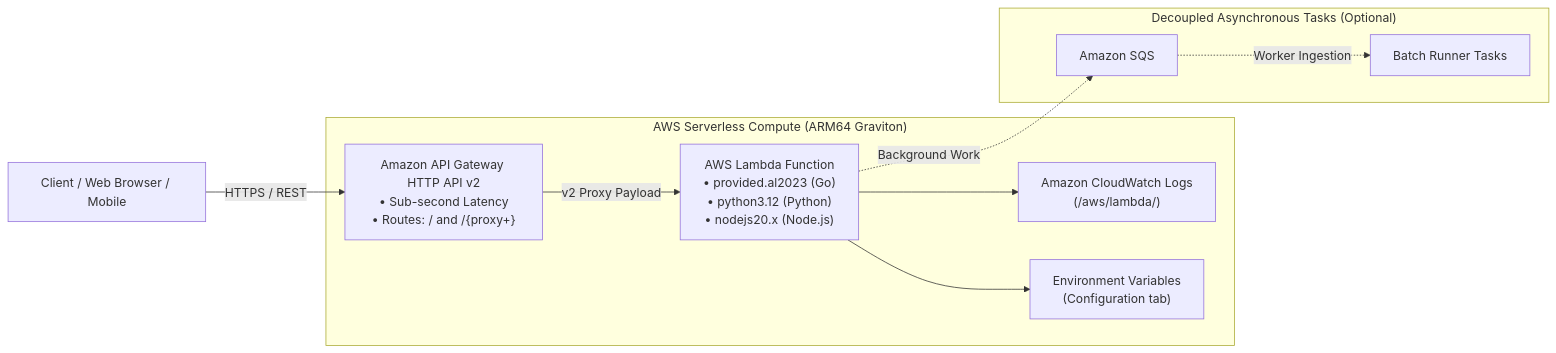
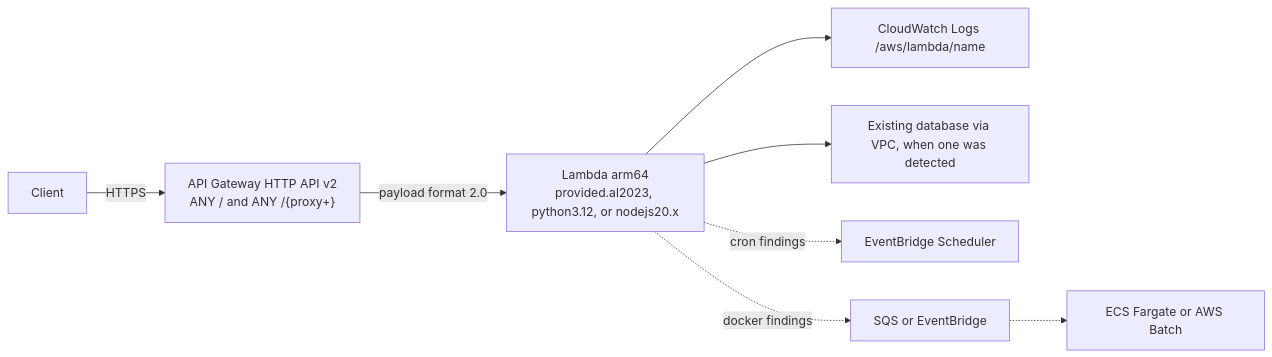
The third of 5 diagrams in README.md (dhawalshankar/daroga), drawn with Mermaid before and after one commit. The commit also changed other lines of this file and 6 other files, not shown here.

Commit message:
docs: update architecture and CLI reference for clarity and consistency, enhance PRD with detailed scope and migration process

````diff
--- a/README.md
+++ b/README.md
@@ -372,15 +357,10 @@
 ```mermaid
 flowchart LR
-    Client["Client / Web Browser / Mobile"] -->|"HTTPS / REST"| APIGW["Amazon API Gateway HTTP API v2<br/>• Sub-second Latency<br/>• Routes: / and /{proxy+}"]
-    
-    subgraph LambdaCompute ["AWS Serverless Compute (ARM64 Graviton)"]
-        APIGW -->|"v2 Proxy Payload"| Lambda["AWS Lambda Function<br/>• provided.al2023 (Go)<br/>• python3.12 (Python)<br/>• nodejs20.x (Node.js)"]
-        Lambda --> Log["Amazon CloudWatch Logs<br/>(/aws/lambda/<name>)"]
-        Lambda --> Env["Environment Variables<br/>(Configuration tab)"]
-    end
-
-    subgraph Decoupled ["Decoupled Asynchronous Tasks (Optional)"]
-        Lambda -.->|"Background Work"| SQS["Amazon SQS"]
-        SQS -.->|"Worker Ingestion"| Workers["Batch Runner Tasks"]
-    end
+    Client["Client"] -->|"HTTPS"| APIGW["API Gateway HTTP API v2<br/>ANY / and ANY /{proxy+}"]
+    APIGW -->|"payload format 2.0"| Lambda["Lambda arm64<br/>provided.al2023, python3.12, or nodejs20.x"]
+    Lambda --> Logs["CloudWatch Logs /aws/lambda/name"]
+    Lambda --> Data["Existing database via VPC, when one was detected"]
+    Lambda -.->|"cron findings"| EB["EventBridge Scheduler"]
+    Lambda -.->|"docker findings"| Queue["SQS or EventBridge"]
+    Queue -.-> Workers["ECS Fargate or AWS Batch"]
 ```
````
